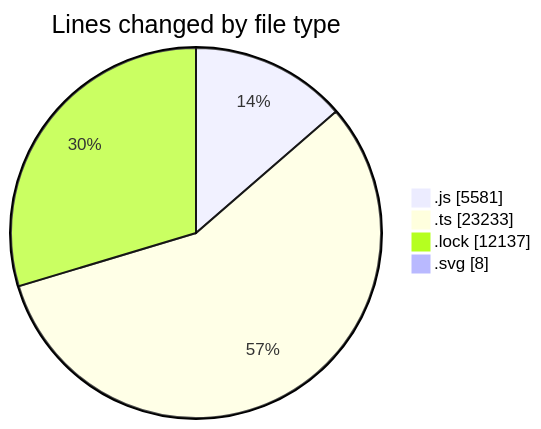
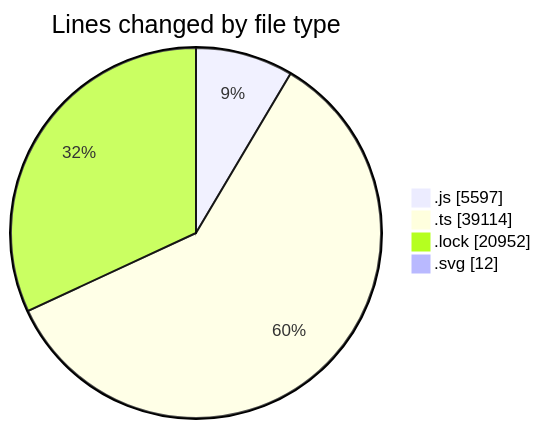
Before and after one commit to momahboobian/code-tracking: the first of 2 diagrams in 2025-08-12/cda/README.md, drawn with Mermaid. The commit also changed other lines of this file and 1 other file, not shown here.

````diff
--- a/2025-08-12/cda/README.md
+++ b/2025-08-12/cda/README.md
@@ -42,8 +42,8 @@
 ```mermaid
 pie showData
 title Lines changed by file type
-".js" : 5581
-".ts" : 23233
-".lock" : 12137
-".svg" : 8
+".js" : 5597
+".ts" : 39114
+".lock" : 20952
+".svg" : 12
 ```
````
